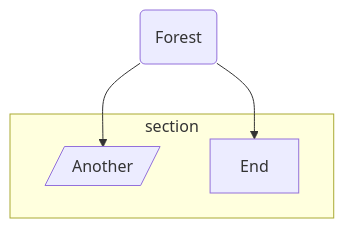
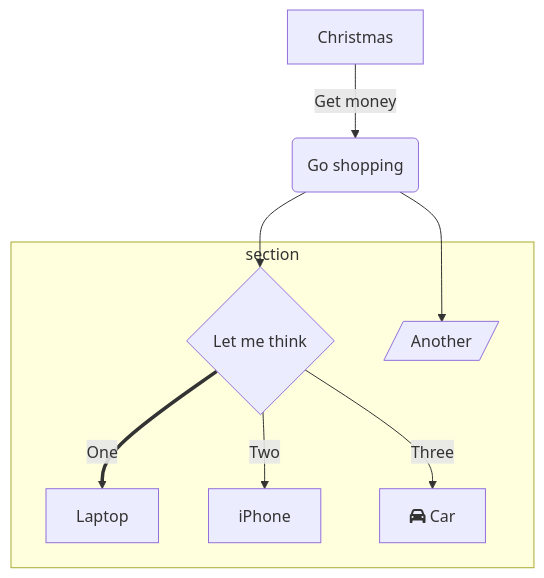
One commit to baaluidnrey/template-sphinx changed the third of 3 diagrams in documentation/content/fancy-diagrams.md. Above: the diagram before and after it, drawn with Mermaid. The commit also changed other lines of this file, not shown here.

Commit message:
modif diagramme personnalisé

````diff
--- a/documentation/content/fancy-diagrams.md
+++ b/documentation/content/fancy-diagrams.md
@@ -244,22 +244,29 @@
 ```{mermaid}
 ---
-caption: Ceci est un example de diagramme avec le thème "dark" et la police "monospace"
+caption: Ceci est un example de diagramme très personnalisé
 align: 'center'
 ---
 %%{
   init: {
     'theme': 'base',
     'themeVariables': {
       'primaryColor': '#0090CD',
       'secondaryColor': '#012235',
     }
   }
 }%%
-graph TD
-A(Forest) --> B[/Another/]
-A --> C[End]
-  subgraph section
-  B
-  C
-  end
+        graph TD
+          A[Christmas] -->|Get money| B(Go shopping)
+          B --> C{Let me think}
+          B --> G[/Another/]
+          C ==>|One| D[Laptop]
+          C -->|Two| E[iPhone]
+          C -->|Three| F[fa:fa-car Car]
+          subgraph section
+            C
+            D
+            E
+            F
+            G
+        end
 ```
````
